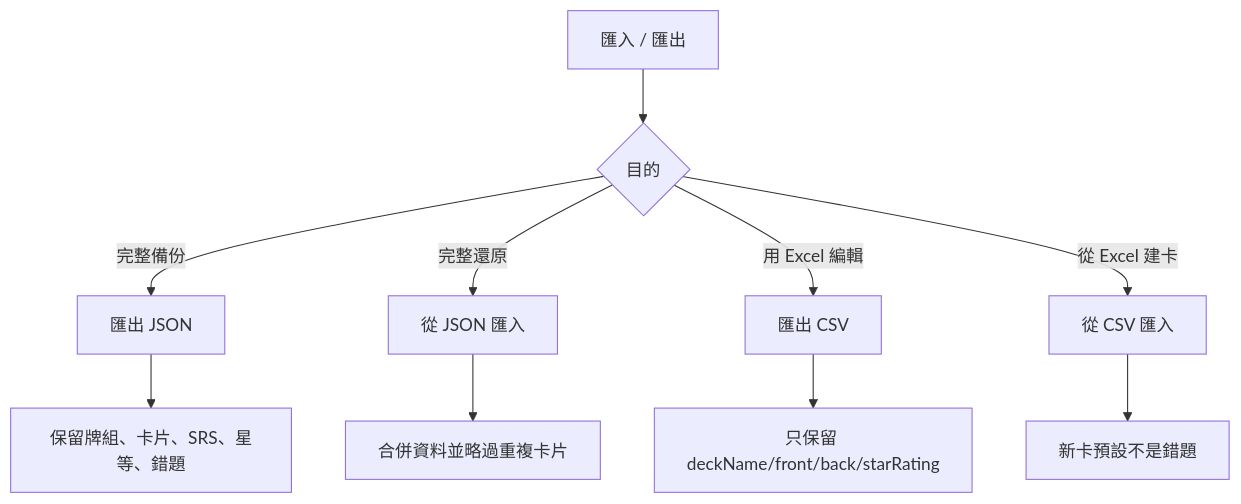
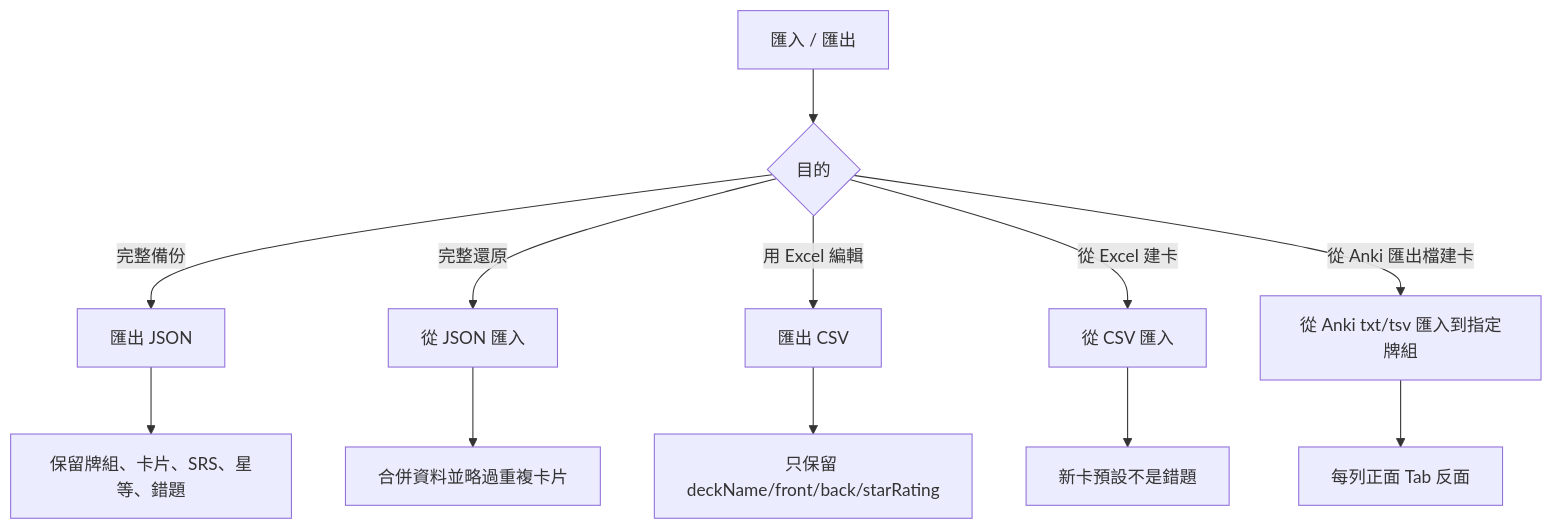
Before and after one commit to DunkLiao/exam-flash-card: the fourth of 5 diagrams in README.md, drawn with Mermaid. The commit also changed other lines of this file and 8 other files, not shown here.

````diff
--- a/README.md
+++ b/README.md
@@ -288,13 +296,15 @@
 ```mermaid
 flowchart TD
   A[匯入 / 匯出] --> B{目的}
   B -->|完整備份| C[匯出 JSON]
   B -->|完整還原| D[從 JSON 匯入]
   B -->|用 Excel 編輯| E[匯出 CSV]
   B -->|從 Excel 建卡| F[從 CSV 匯入]
+  B -->|從 Anki 匯出檔建卡| G[從 Anki txt/tsv 匯入到指定牌組]
 
   C --> C1[保留牌組、卡片、SRS、星等、錯題]
   D --> D1[合併資料並略過重複卡片]
   E --> E1[只保留 deckName/front/back/starRating]
   F --> F1[新卡預設不是錯題]
+  G --> G1[每列正面 Tab 反面]
 ```
````
